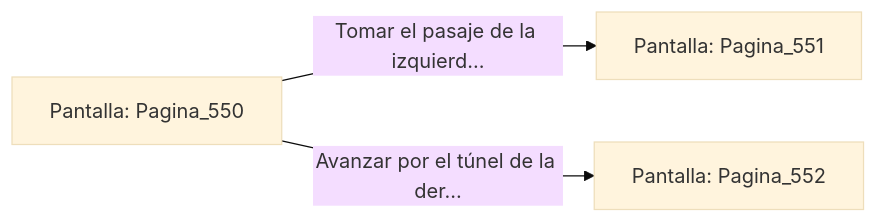
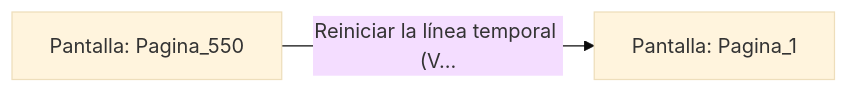
Before and after one commit to metsuke/mpl: the diagram in sample/eligejuego-vault/Pantalla_Pagina_550.md, drawn with Mermaid (base theme). The commit also changed other lines of this file and 635 other files, not shown here.

First line of the commit message:
fix: añadir Pagina_1 como pantalla inicial en capitulo_01.mpl

````diff
--- a/sample/eligejuego-vault/Pantalla_Pagina_550.md
+++ b/sample/eligejuego-vault/Pantalla_Pagina_550.md
@@ -20,6 +17,5 @@
 ```mermaid
 graph LR
     P_Pagina_550["Pantalla: Pagina_550"]
-    P_Pagina_550 -->|"Tomar el pasaje de la izquierd..."| P_Pagina_551["Pantalla: Pagina_551"]
-    P_Pagina_550 -->|"Avanzar por el túnel de la der..."| P_Pagina_552["Pantalla: Pagina_552"]
+    P_Pagina_550 -->|"Reiniciar la línea temporal (V..."| P_Pagina_1["Pantalla: Pagina_1"]
 ```
````
